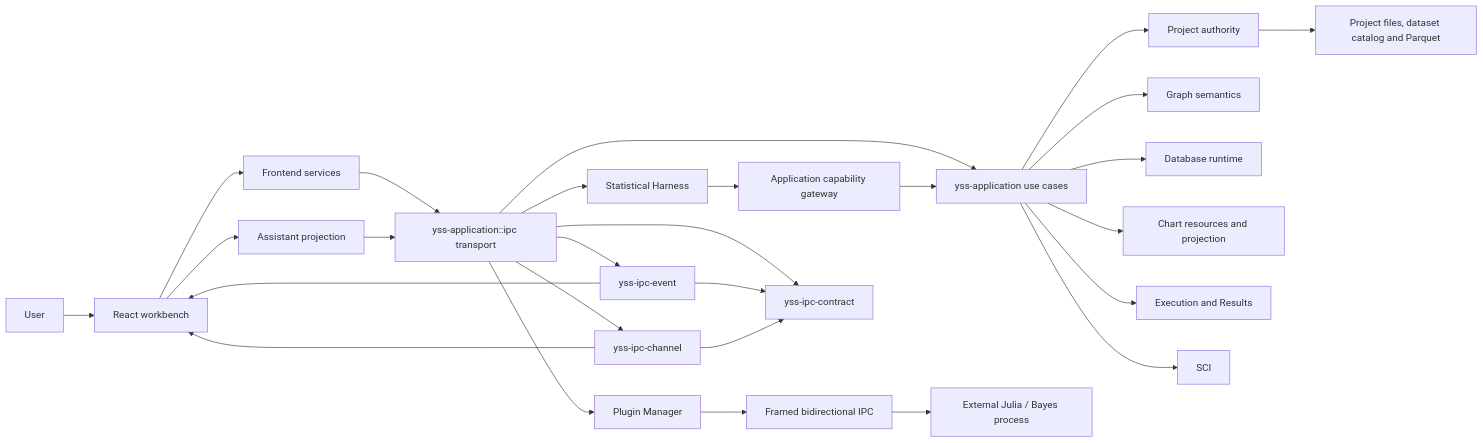
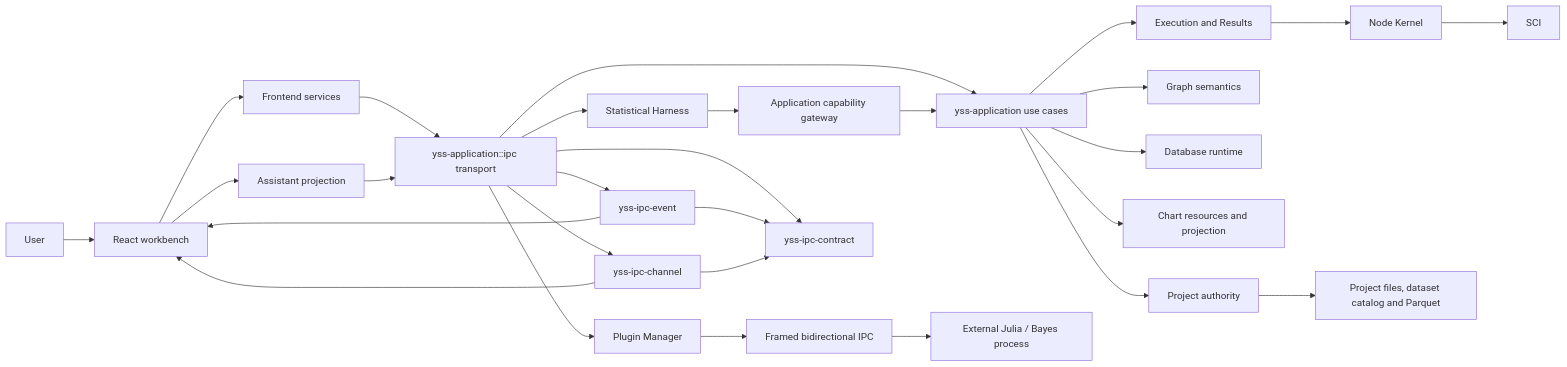
One commit to zhouyi207/YssBI changed the diagram in docs/architecture/ARCHITECTURE.md. Above: the diagram before and after it, drawn with Mermaid. The commit also changed 83 other files, not shown here.

````diff
--- a/docs/architecture/ARCHITECTURE.md
+++ b/docs/architecture/ARCHITECTURE.md
@@ -10,29 +10,30 @@
 ```mermaid
 flowchart LR
   USER[User] --> UI[React workbench]
   UI --> SERVICES[Frontend services]
   SERVICES --> API[yss-application::ipc transport]
   API --> APP[yss-application use cases]
   APP --> PROJECT[Project authority]
   APP --> GRAPH[Graph semantics]
   APP --> DATABASE[Database runtime]
   APP --> CHART[Chart resources and projection]
   APP --> EXECUTION[Execution and Results]
-  APP --> SCI[SCI]
+  EXECUTION --> KERNEL[Node Kernel]
+  KERNEL --> SCI[SCI]
   API --> PLUGINS[Plugin Manager]
   PLUGINS --> IPC[Framed bidirectional IPC]
   IPC --> EXT[External Julia / Bayes process]
   UI --> HARNESSUI[Assistant projection]
   HARNESSUI --> API
   API --> HARNESS[Statistical Harness]
   HARNESS --> GATEWAY[Application capability gateway]
   GATEWAY --> APP
   PROJECT --> STORAGE[Project files, dataset catalog and Parquet]
   API --> EVENTS[yss-ipc-event]
   API --> CHANNELS[yss-ipc-channel]
   API --> WIRE[yss-ipc-contract]
   EVENTS --> WIRE
   CHANNELS --> WIRE
   EVENTS --> UI
   CHANNELS --> UI
 ```
````
